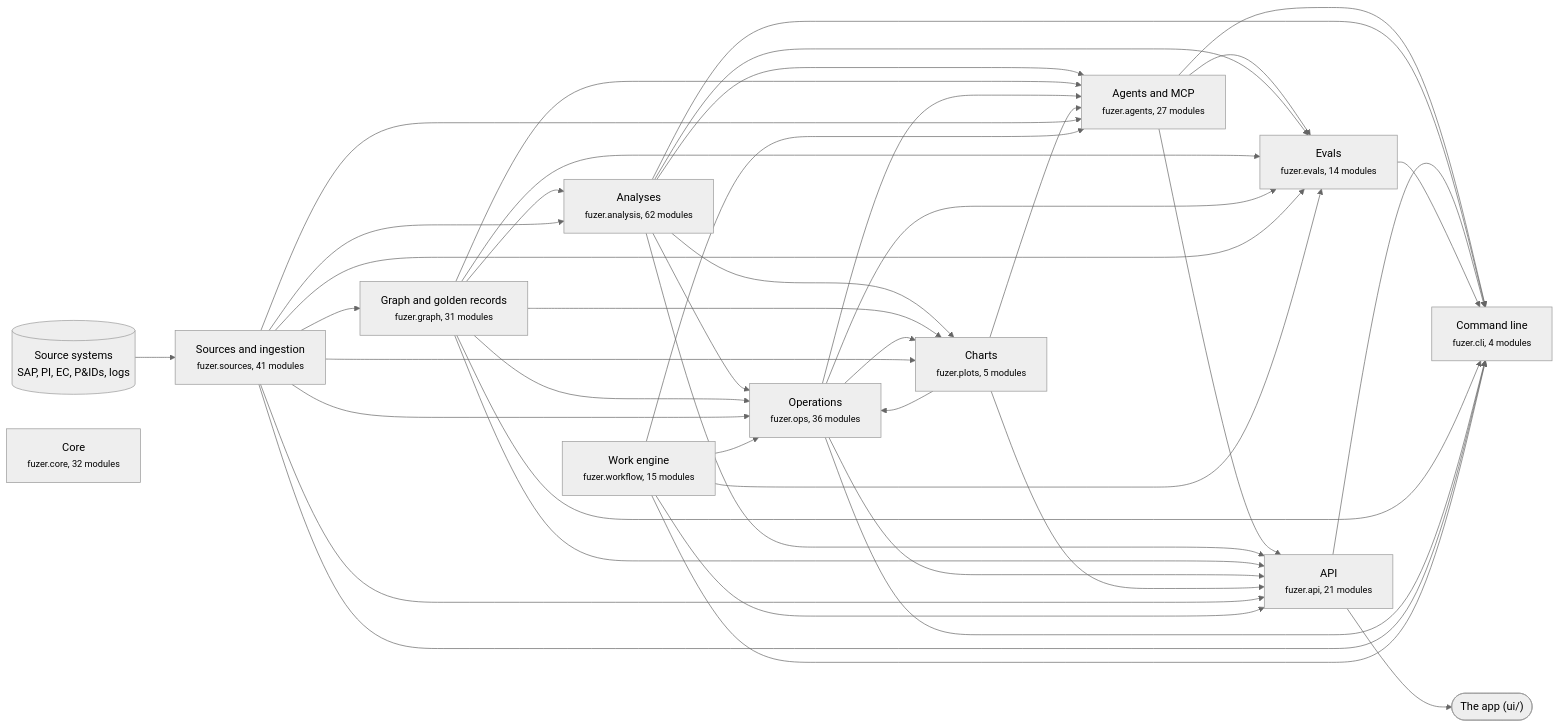
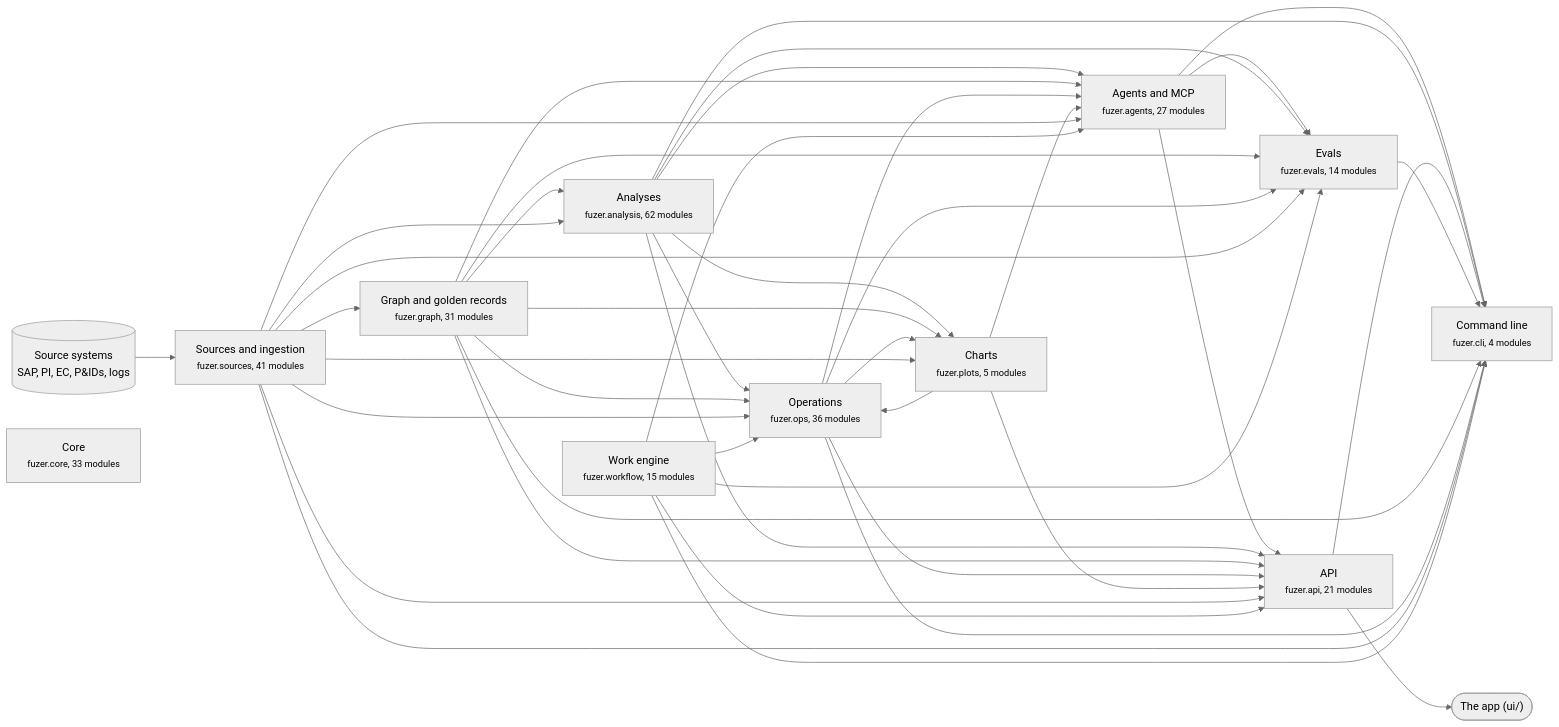
Before and after one commit to areed145/fuzer: the first of 3 diagrams in docs/architecture.md, drawn with Mermaid (neutral theme). The commit also changed other lines of this file and 7 other files, not shown here.

````diff
--- a/docs/architecture.md
+++ b/docs/architecture.md
@@ -8,67 +8,67 @@
 ```mermaid
 flowchart LR
   systems[("Source systems<br>SAP, PI, EC, P&IDs, logs")] --> c_sources
   app(["The app (ui/)"])
   c_api --> app
   c_sources["Sources and ingestion<br><small>fuzer.sources, 41 modules</small>"]
   c_graph["Graph and golden records<br><small>fuzer.graph, 31 modules</small>"]
   c_analysis["Analyses<br><small>fuzer.analysis, 62 modules</small>"]
   c_ops["Operations<br><small>fuzer.ops, 36 modules</small>"]
   c_plots["Charts<br><small>fuzer.plots, 5 modules</small>"]
   c_workflow["Work engine<br><small>fuzer.workflow, 15 modules</small>"]
   c_agents["Agents and MCP<br><small>fuzer.agents, 27 modules</small>"]
   c_evals["Evals<br><small>fuzer.evals, 14 modules</small>"]
   c_api["API<br><small>fuzer.api, 21 modules</small>"]
   c_cli["Command line<br><small>fuzer.cli, 4 modules</small>"]
-  c_core["Core<br><small>fuzer.core, 32 modules</small>"]
+  c_core["Core<br><small>fuzer.core, 33 modules</small>"]
   c_sources --> c_graph
   c_graph --> c_analysis
   c_sources --> c_analysis
   c_analysis --> c_ops
   c_graph --> c_ops
   c_plots --> c_ops
   c_sources --> c_ops
   c_workflow --> c_ops
   c_analysis --> c_plots
   c_graph --> c_plots
   c_ops --> c_plots
   c_sources --> c_plots
   c_analysis --> c_agents
   c_graph --> c_agents
   c_ops --> c_agents
   c_plots --> c_agents
   c_sources --> c_agents
   c_workflow --> c_agents
   c_agents --> c_evals
   c_analysis --> c_evals
   c_graph --> c_evals
   c_ops --> c_evals
   c_sources --> c_evals
   c_workflow --> c_evals
   c_agents --> c_api
   c_analysis --> c_api
   c_graph --> c_api
   c_ops --> c_api
   c_plots --> c_api
   c_sources --> c_api
   c_workflow --> c_api
   c_agents --> c_cli
   c_analysis --> c_cli
   c_api --> c_cli
   c_evals --> c_cli
   c_graph --> c_cli
   c_ops --> c_cli
   c_sources --> c_cli
   c_workflow --> c_cli
   click c_sources "https://github.com/areed145/fuzer/tree/main/src/fuzer/sources"
   click c_graph "https://github.com/areed145/fuzer/tree/main/src/fuzer/graph"
   click c_analysis "https://github.com/areed145/fuzer/tree/main/src/fuzer/analysis"
   click c_ops "https://github.com/areed145/fuzer/tree/main/src/fuzer/ops"
   click c_plots "https://github.com/areed145/fuzer/tree/main/src/fuzer/plots"
   click c_workflow "https://github.com/areed145/fuzer/tree/main/src/fuzer/workflow"
   click c_agents "https://github.com/areed145/fuzer/tree/main/src/fuzer/agents"
   click c_evals "https://github.com/areed145/fuzer/tree/main/src/fuzer/evals"
   click c_api "https://github.com/areed145/fuzer/tree/main/src/fuzer/api"
   click c_cli "https://github.com/areed145/fuzer/tree/main/src/fuzer/cli"
   click c_core "https://github.com/areed145/fuzer/tree/main/src/fuzer/core"
 ```
````
